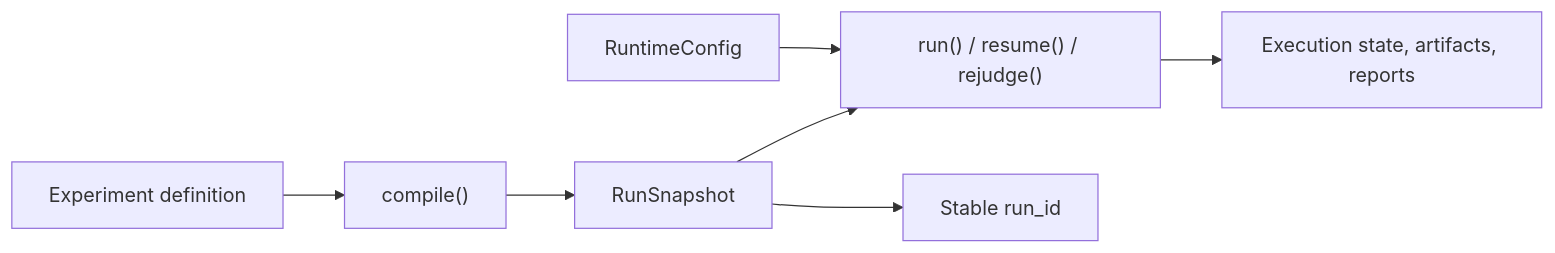
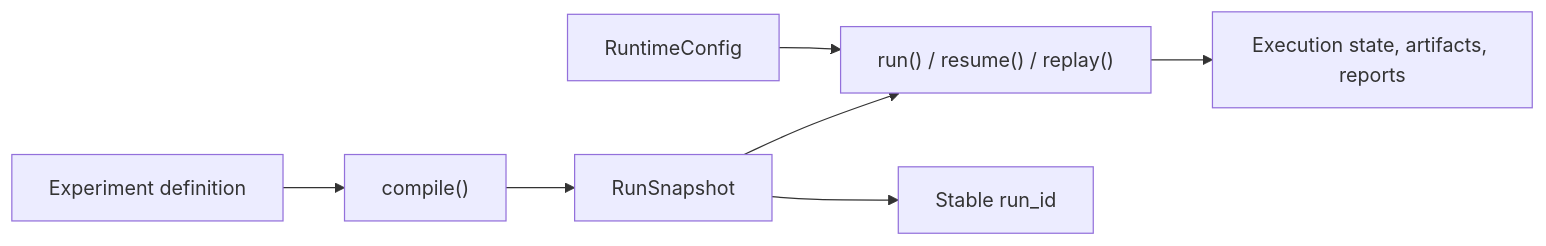
One commit to Pittawat2542/themis changed the diagram in docs/explanation/compile-vs-run.md. Above: the diagram before and after it, drawn with Mermaid. The commit also changed 23 other files, not shown here.

Commit message:
docs(architecture): align v4 plan and public docs with final model

````diff
--- a/docs/explanation/compile-vs-run.md
+++ b/docs/explanation/compile-vs-run.md
@@ -20,9 +20,9 @@
 ```mermaid
 flowchart LR
     A["Experiment definition"] --> B["compile()"]
     B --> C["RunSnapshot"]
-    C --> D["run() / resume() / rejudge()"]
+    C --> D["run() / resume() / replay()"]
     E["RuntimeConfig"] --> D
     C --> F["Stable run_id"]
     D --> G["Execution state, artifacts, reports"]
 ```
````
